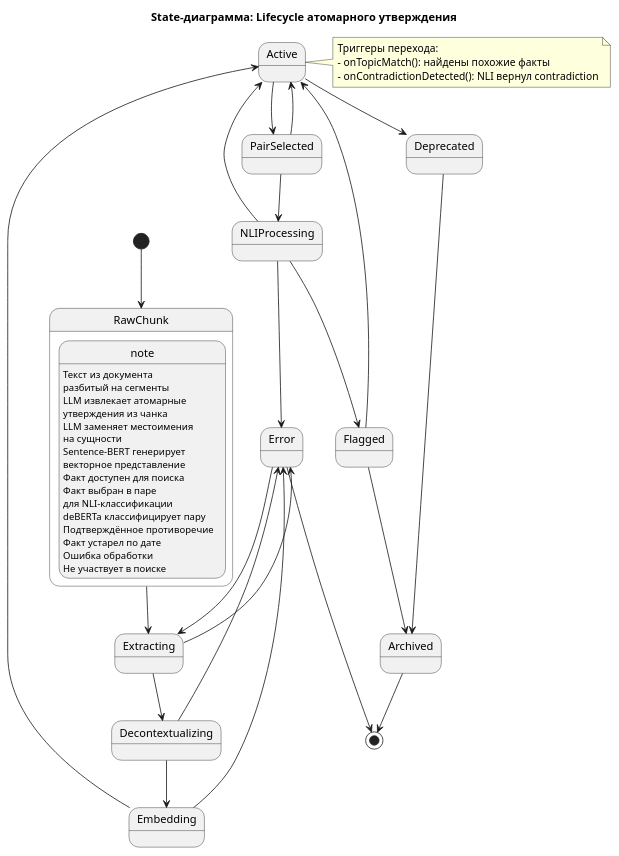
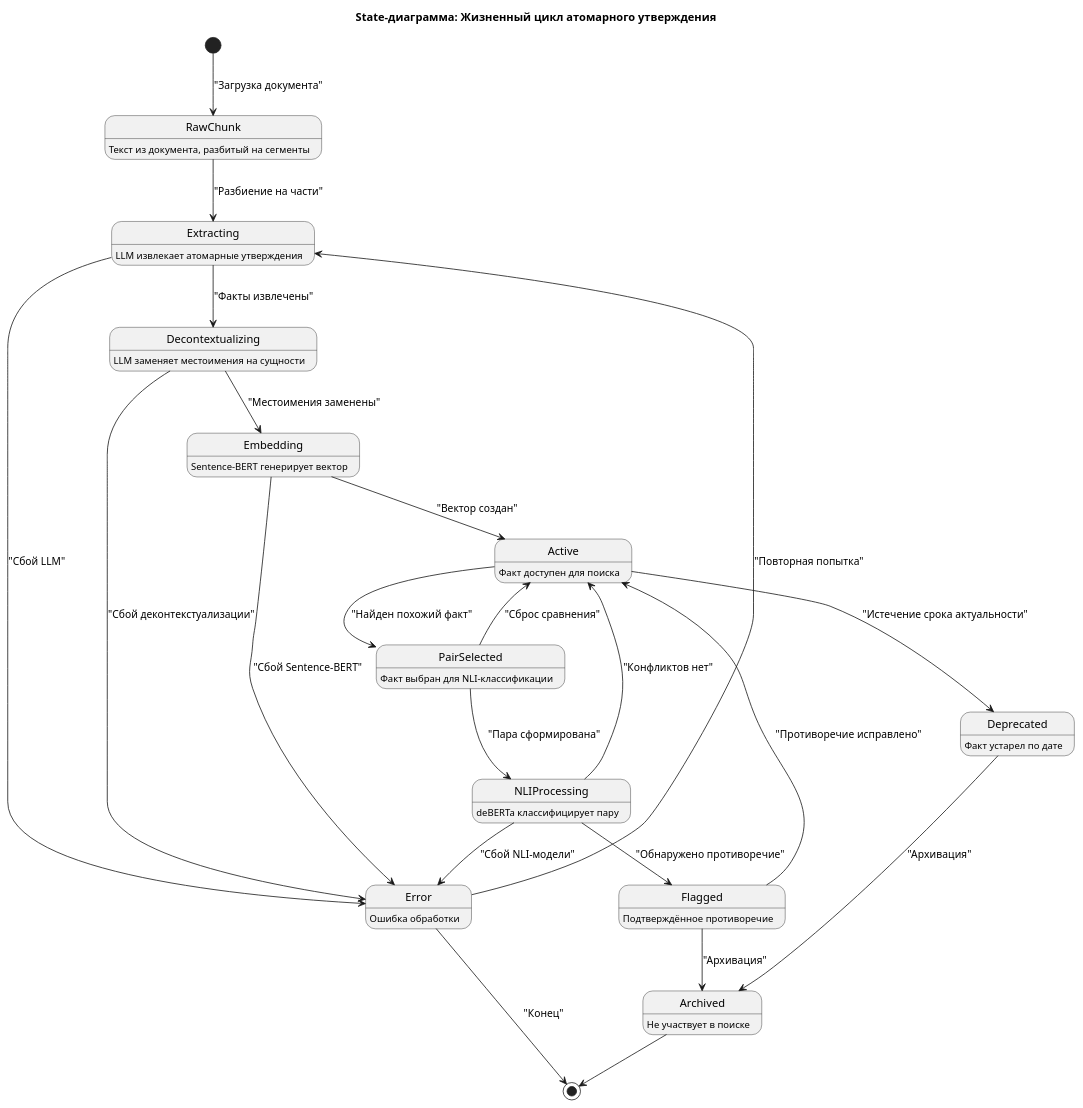
One commit to VashMyaKovski/course-project-2course changed the diagram in docs/diagrams/src/06_state_statement.puml. Above: the diagram before and after it, drawn with PlantUML. The commit also changed 17 other files, not shown here.

Commit message:
Add diagrams to project

```diff
--- a/docs/diagrams/src/06_state_statement.puml
+++ b/docs/diagrams/src/06_state_statement.puml
@@ -1,87 +1,38 @@
-@startuml 06_state_statement
-title "State-диаграмма: Lifecycle атомарного утверждения"
+@startuml
+title "State-диаграмма: Жизненный цикл атомарного утверждения"
 
-[*] --> RawChunk
+[*] --> RawChunk : "Загрузка документа"
 
-state "RawChunk" as RawChunk {
-  note: Текст из документа\nразбитый на сегменты
-}
+state RawChunk : Текст из документа, разбитый на сегменты
+state Extracting : LLM извлекает атомарные утверждения
+state Decontextualizing : LLM заменяет местоимения на сущности
+state Embedding : Sentence-BERT генерирует вектор
+state Active : Факт доступен для поиска
+state PairSelected : Факт выбран для NLI-классификации
+state NLIProcessing : deBERTa классифицирует пару
+state Flagged : Подтверждённое противоречие
+state Deprecated : Факт устарел по дате
+state Error : Ошибка обработки
+state Archived : Не участвует в поиске
 
-RawChunk --> Extracting
-
-state "Extracting" as Extracting {
-  note: LLM извлекает атомарные\nутверждения из чанка
-}
-
-Extracting --> Decontextualizing
-Extracting --> Error
-
-state "Decontextualizing" as Decontextualizing {
-  note: LLM заменяет местоимения\nна сущности
-}
-
-Decontextualizing --> Embedding
-Decontextualizing --> Error
-
-state "Embedding" as Embedding {
-  note: Sentence-BERT генерирует\nвекторное представление
-}
-
-Embedding --> Active
-Embedding --> Error
-
-state "Active" as Active {
-  note: Факт доступен для поиска
-}
-
-Active --> PairSelected
-Active --> Deprecated
-
-state "PairSelected" as PairSelected {
-  note: Факт выбран в паре\nдля NLI-классификации
-}
-
-PairSelected --> NLIProcessing
-PairSelected --> Active
-
-state "NLIProcessing" as NLIProcessing {
-  note: deBERTa классифицирует пару
-}
-
-NLIProcessing --> Flagged
-NLIProcessing --> Active
-NLIProcessing --> Error
-
-state "Flagged" as Flagged {
-  note: Подтверждённое противоречие
-}
-
-Flagged --> Archived
-Flagged --> Active
-
-state "Deprecated" as Deprecated {
-  note: Факт устарел по дате
-}
-
-Deprecated --> Archived
-
-state "Error" as Error {
-  note: Ошибка обработки
-}
-
-Error --> Extracting
-Error --> [*]
-
-state "Archived" as Archived {
-  note: Не участвует в поиске
-}
-
+RawChunk --> Extracting : "Разбиение на части"
+Extracting --> Decontextualizing : "Факты извлечены"
+Extracting --> Error : "Сбой LLM"
+Decontextualizing --> Embedding : "Местоимения заменены"
+Decontextualizing --> Error : "Сбой деконтекстуализации"
+Embedding --> Active : "Вектор создан"
+Embedding --> Error : "Сбой Sentence-BERT"
+Active --> PairSelected : "Найден похожий факт"
+Active --> Deprecated : "Истечение срока актуальности"
+PairSelected --> NLIProcessing : "Пара сформирована"
+PairSelected --> Active : "Сброс сравнения"
+NLIProcessing --> Flagged : "Обнаружено противоречие"
+NLIProcessing --> Active : "Конфликтов нет"
+NLIProcessing --> Error : "Сбой NLI-модели"
+Flagged --> Archived : "Архивация"
+Flagged --> Active : "Противоречие исправлено"
+Deprecated --> Archived : "Архивация"
+Error --> Extracting : "Повторная попытка"
+Error --> [*] : "Конец"
 Archived --> [*]
-
-note right of Active
-  Триггеры перехода:
-  - onTopicMatch(): найдены похожие факты
-  - onContradictionDetected(): NLI вернул contradiction
-end note
-
 @enduml
```
